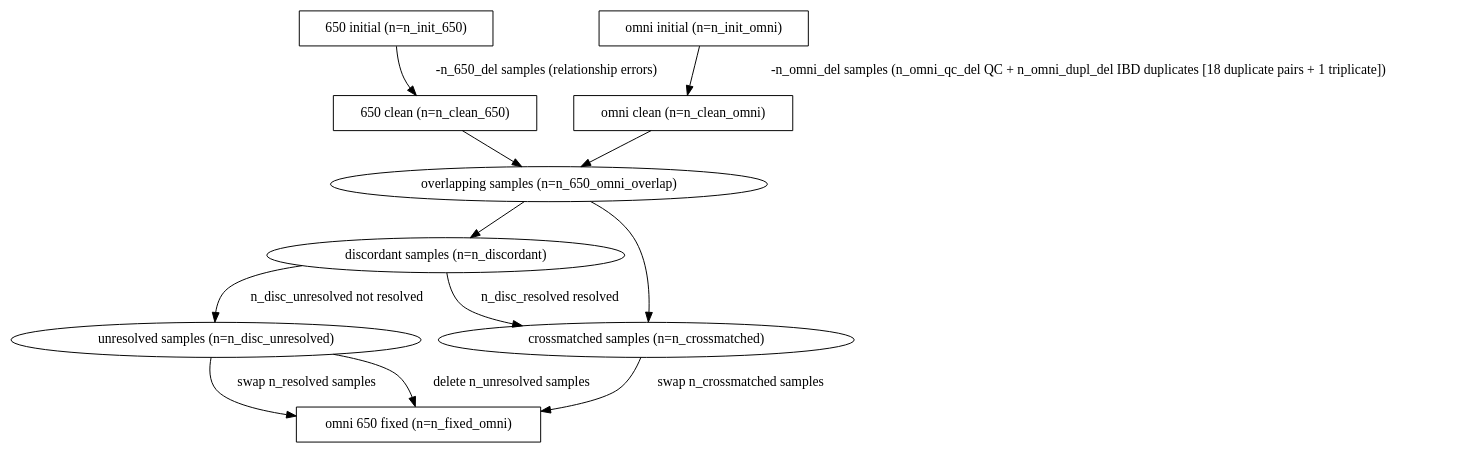
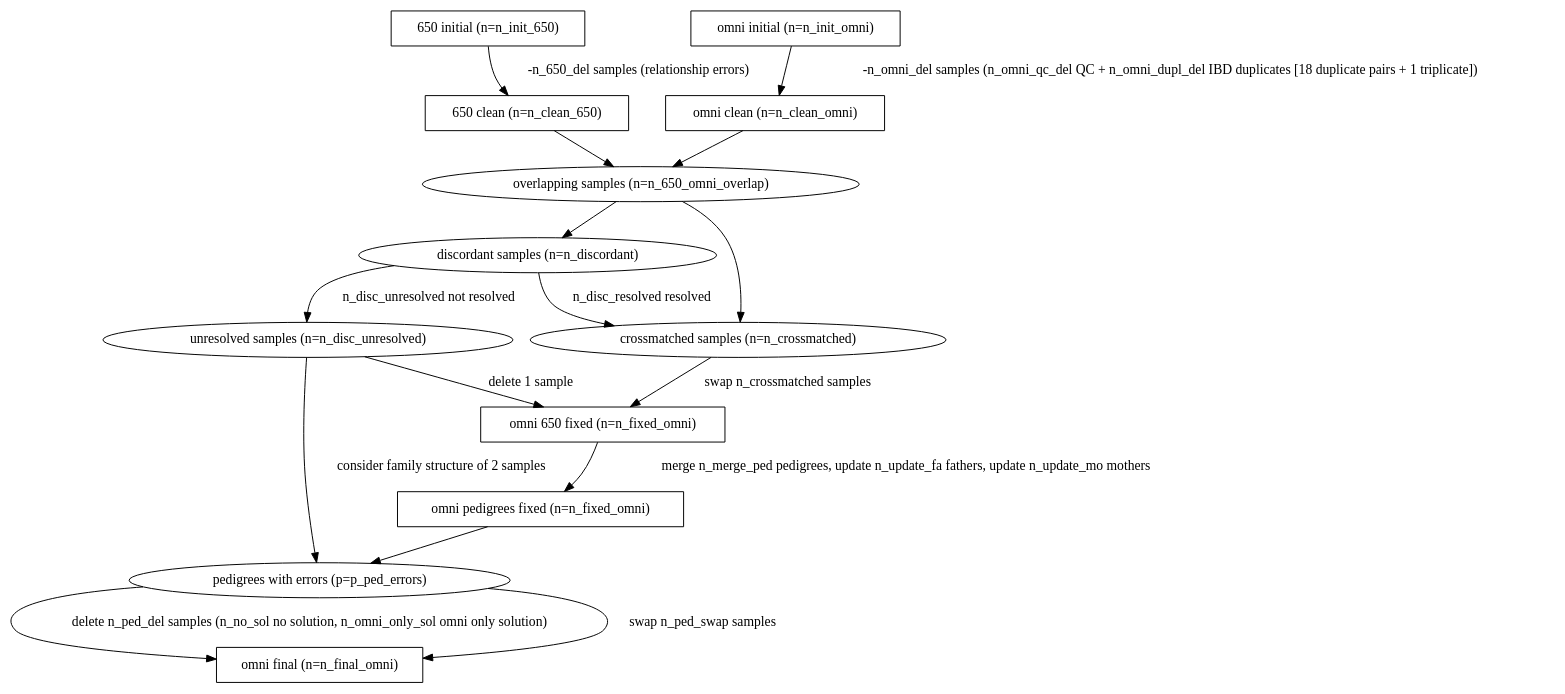
The diagram in doc/flow.dot (TOPMed-BAGS/sample_identity), drawn with Graphviz before and after one commit. The commit also changed 1 other file, not shown here.

Commit message:
Changed back to a single flow diagram

```diff
--- a/doc/flow.dot
+++ b/doc/flow.dot
@@ -1,25 +1,32 @@
 #!dot
 digraph {
     INIT_SIX   [label="650 initial (n=n_init_650)", shape=box]
     INIT_OMNI  [label="omni initial (n=n_init_omni)", shape=box]
     CLEAN_SIX  [label="650 clean (n=n_clean_650)", shape=box]
     CLEAN_OMNI [label="omni clean (n=n_clean_omni)", shape=box]
     OVERLAP    [label="overlapping samples (n=n_650_omni_overlap)"]
     DISCORDANT [label="discordant samples (n=n_discordant)"]
     CROSSMATCH [label="crossmatched samples (n=n_crossmatched)"]
     UNRESOLVED [label="unresolved samples (n=n_disc_unresolved)"]
     FIXED_OMNI [label="omni 650 fixed (n=n_fixed_omni)", shape=box]
+    PED_FIXED_OMNI [label="omni pedigrees fixed (n=n_fixed_omni)", shape=box]
+    PED_ERRORS [label="pedigrees with errors (p=p_ped_errors)"]
+    FINAL_OMNI [label="omni final (n=n_final_omni)", shape=box]
 
-    INIT_SIX    -> CLEAN_SIX [label=" -n_650_del samples (relationship errors)"];
-    INIT_OMNI   -> CLEAN_OMNI [label=" -n_omni_del samples (n_omni_qc_del QC + n_omni_dupl_del IBD duplicates [18 duplicate pairs + 1 triplicate])"];
-    CLEAN_SIX   -> OVERLAP;
-    CLEAN_OMNI  -> OVERLAP;
-    OVERLAP     -> DISCORDANT;
-    OVERLAP     -> CROSSMATCH;
-    DISCORDANT  -> CROSSMATCH [label=" n_disc_resolved resolved"];
-    DISCORDANT  -> UNRESOLVED [label=" n_disc_unresolved not resolved"];
-    CROSSMATCH  -> FIXED_OMNI [label=" swap n_crossmatched samples"];
-    UNRESOLVED  -> FIXED_OMNI [label=" swap n_resolved samples"];
-    UNRESOLVED  -> FIXED_OMNI [label=" delete n_unresolved samples"];
+    INIT_SIX       -> CLEAN_SIX [label=" -n_650_del samples (relationship errors)"];
+    INIT_OMNI      -> CLEAN_OMNI [label=" -n_omni_del samples (n_omni_qc_del QC + n_omni_dupl_del IBD duplicates [18 duplicate pairs + 1 triplicate])"];
+    CLEAN_SIX      -> OVERLAP;
+    CLEAN_OMNI     -> OVERLAP;
+    OVERLAP        -> DISCORDANT;
+    OVERLAP        -> CROSSMATCH;
+    DISCORDANT     -> CROSSMATCH [label=" n_disc_resolved resolved"];
+    DISCORDANT     -> UNRESOLVED [label=" n_disc_unresolved not resolved"];
+    CROSSMATCH     -> FIXED_OMNI [label=" swap n_crossmatched samples"];
+    UNRESOLVED     -> PED_ERRORS [label=" consider family structure of 2 samples"];
+    UNRESOLVED     -> FIXED_OMNI [label=" delete 1 sample"];
+    FIXED_OMNI     -> PED_FIXED_OMNI [label=" merge n_merge_ped pedigrees, update n_update_fa fathers, update n_update_mo mothers"];
+    PED_FIXED_OMNI -> PED_ERRORS;
+    PED_ERRORS     -> FINAL_OMNI [label=" delete n_ped_del samples (n_no_sol no solution, n_omni_only_sol omni only solution)"];
+    PED_ERRORS     -> FINAL_OMNI [label=" swap n_ped_swap samples"];
 
 }
```
